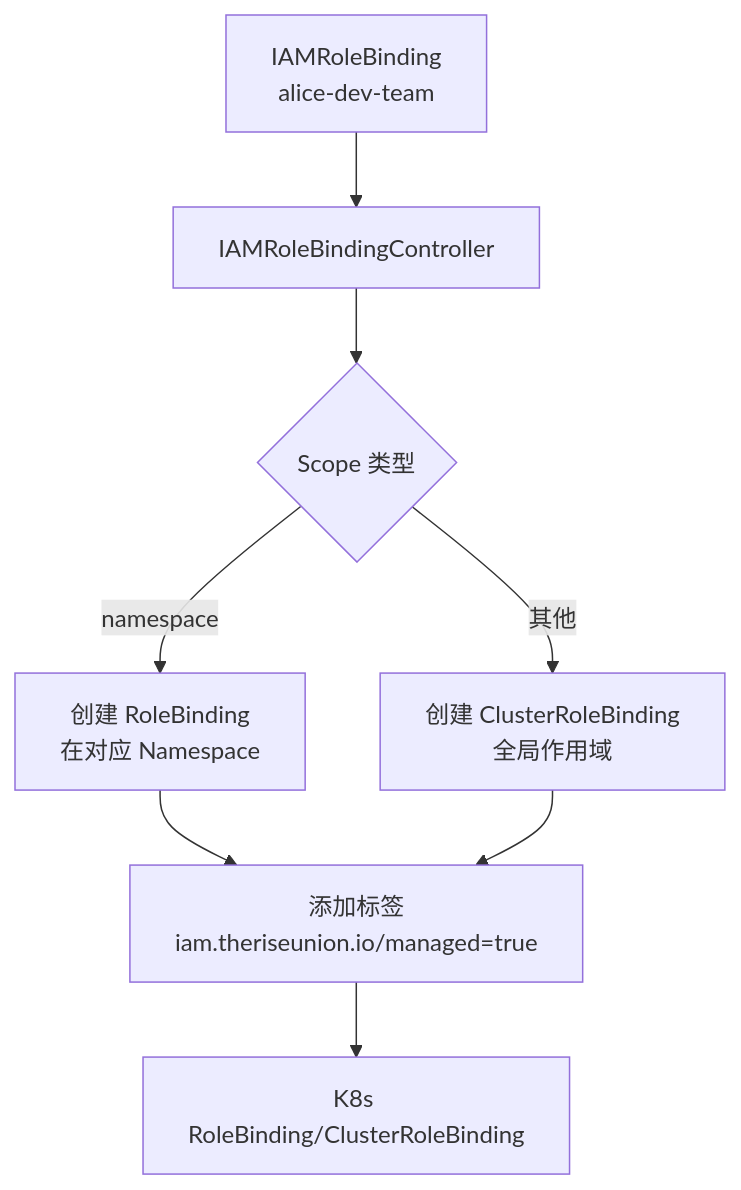
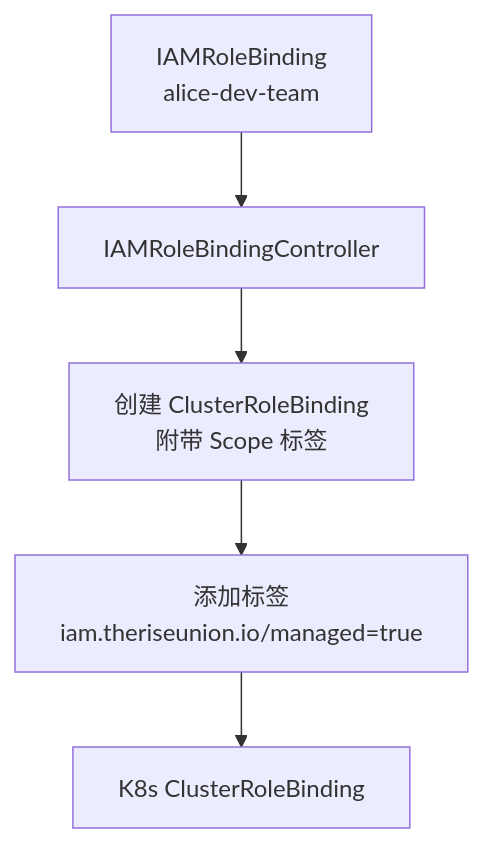
The second of 2 diagrams in docs/developer/permissions/role-binding.md (imneov/edge-website), drawn with Mermaid before and after one commit. The commit also changed other lines of this file and 16 other files, not shown here.

````diff
--- a/docs/developer/permissions/role-binding.md
+++ b/docs/developer/permissions/role-binding.md
@@ -313,12 +313,7 @@
 ```mermaid
 graph TB
     A[IAMRoleBinding<br/>alice-dev-team] --> B[IAMRoleBindingController]
-    B --> C{Scope 类型}
-    C -->|namespace| D[创建 RoleBinding<br/>在对应 Namespace]
-    C -->|其他| E[创建 ClusterRoleBinding<br/>全局作用域]
-
-    D --> F[添加标签<br/>iam.theriseunion.io/managed=true]
-    E --> F
-
-    F --> G[K8s RoleBinding/ClusterRoleBinding]
+    B --> C[创建 ClusterRoleBinding<br/>附带 Scope 标签]
+    C --> D[添加标签<br/>iam.theriseunion.io/managed=true]
+    D --> E[K8s ClusterRoleBinding]
 ```
````
